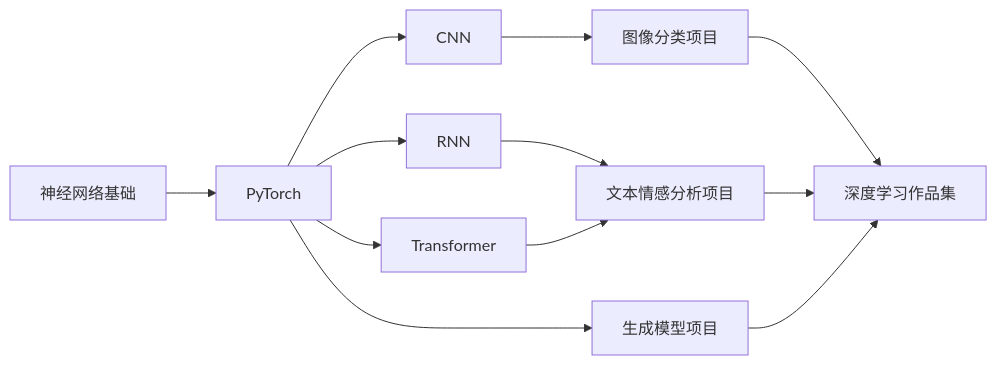
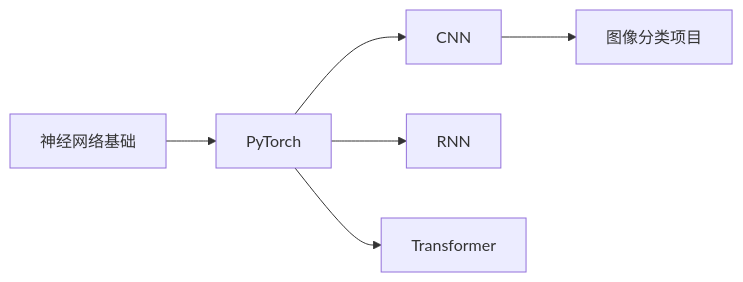
The first of 5 diagrams in docs/stage5/ch08-projects/00-roadmap.md (oudbiao/AI-fullstack-course), drawn with Mermaid before and after one commit. The commit also changed other lines of this file and 139 other files, not shown here.

````diff
--- a/docs/stage5/ch08-projects/00-roadmap.md
+++ b/docs/stage5/ch08-projects/00-roadmap.md
@@ -20,14 +20,8 @@
 ```mermaid
 flowchart LR
   A[神经网络基础] --> B[PyTorch]
   B --> C[CNN]
   B --> D[RNN]
   B --> E[Transformer]
   C --> F[图像分类项目]
-  D --> G[文本情感分析项目]
-  E --> G
-  B --> H[生成模型项目]
-  F --> I[深度学习作品集]
-  G --> I
-  H --> I
 ```
````
